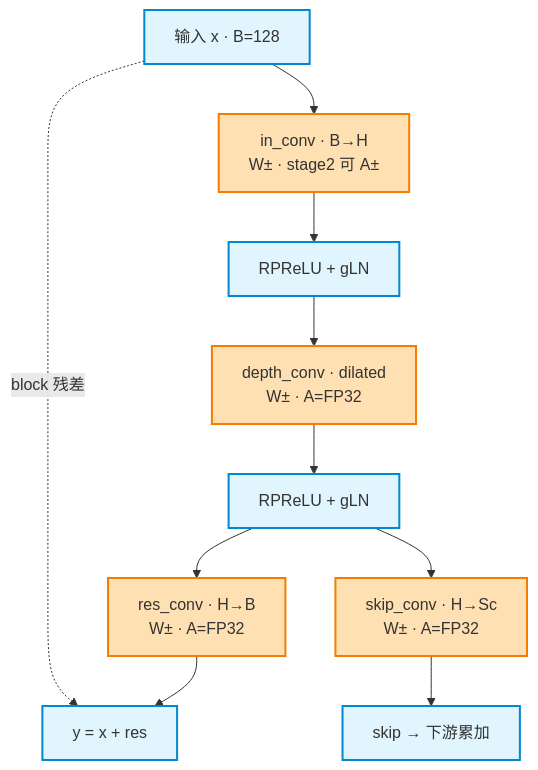
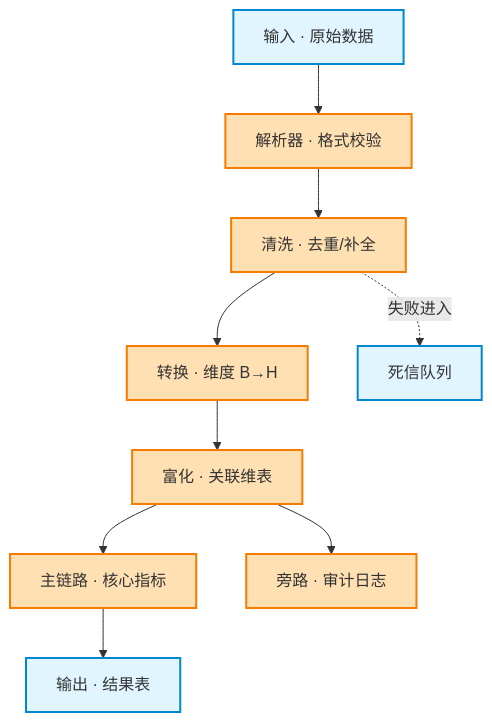
The second of 5 diagrams in skills/mermaid-master/SKILL.md (QJH-0/.ai-shared), drawn with Mermaid before and after one commit. The commit also changed other lines of this file and 8 other files, not shown here.

````diff
--- a/skills/mermaid-master/SKILL.md
+++ b/skills/mermaid-master/SKILL.md
@@ -87,20 +88,14 @@
 ```mermaid
 flowchart TD
-    classDef bin fill:#ffe0b2,stroke:#f57c00,stroke-width:2px
-    classDef fp fill:#e1f5fe,stroke:#0288d1,stroke-width:2px
+    classDef core fill:#ffe0b2,stroke:#f57c00,stroke-width:2px
+    classDef io fill:#e1f5fe,stroke:#0288d1,stroke-width:2px
 
-    x["输入 x · B=128"]:::fp
-    ic["in_conv · B→H<br/>W± · stage2 可 A±"]:::bin
-    n1["RPReLU + gLN"]:::fp
-    dc["depth_conv · dilated<br/>W± · A=FP32"]:::bin
-    n2["RPReLU + gLN"]:::fp
-    rc["res_conv · H→B<br/>W± · A=FP32"]:::bin
-    sc["skip_conv · H→Sc<br/>W± · A=FP32"]:::bin
-    add["y = x + res"]:::fp
-    sk["skip → 下游累加"]:::fp
-
-    x --> ic --> n1 --> dc --> n2
-    n2 --> rc --> add
-    n2 --> sc --> sk
-    x -.->|"block 残差"| add
+    in["输入 · 原始数据"]:::io --> parse["解析器 · 格式校验"]:::core
+    parse --> clean["清洗 · 去重/补全"]:::core
+    clean --> trans["转换 · 维度 B→H"]:::core
+    trans --> enrich["富化 · 关联维表"]:::core
+    enrich --> splitMain["主链路 · 核心指标"]:::core
+    enrich --> splitSide["旁路 · 审计日志"]:::core
+    splitMain --> out["输出 · 结果表"]:::io
+    clean -.->|"失败进入"| dl["死信队列"]:::io
 ```
````
